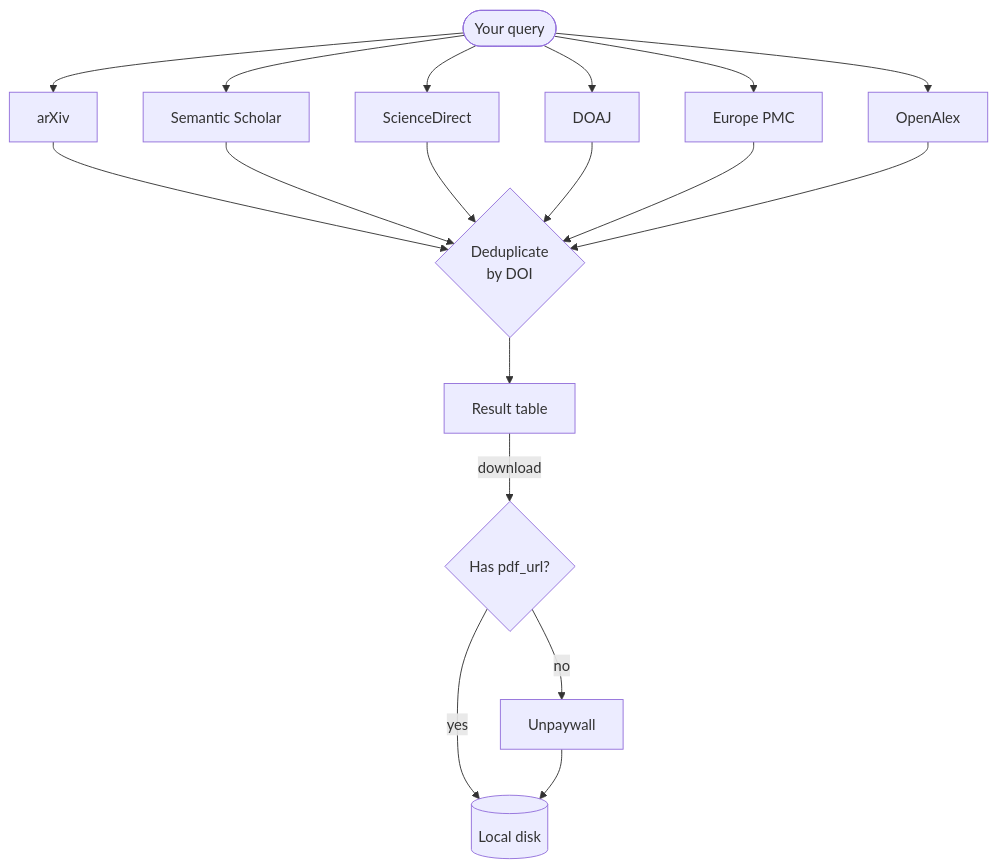
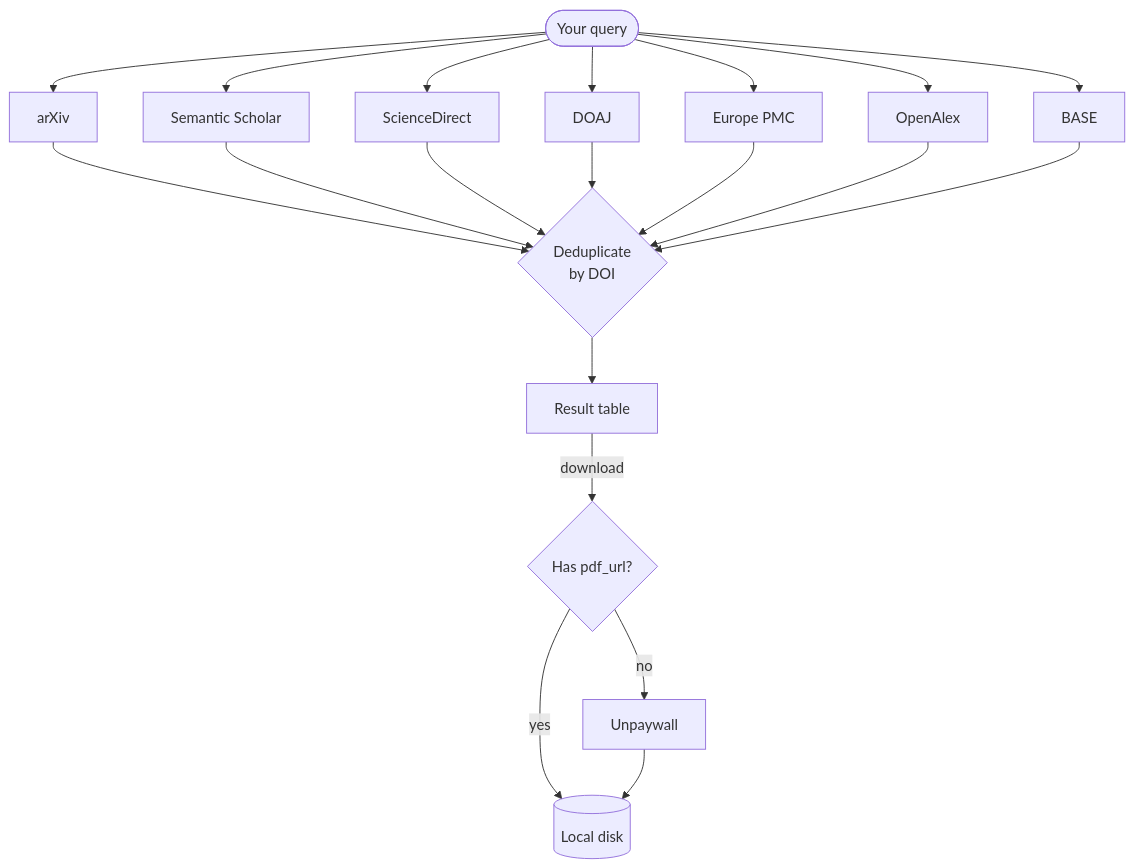
Before and after one commit to szaghi/mosaic: the diagram in docs/guide/sources.md, drawn with Mermaid. The commit also changed other lines of this file and 6 other files, not shown here.

````diff
--- a/docs/guide/sources.md
+++ b/docs/guide/sources.md
@@ -9,15 +9,16 @@
 ```mermaid
 flowchart TD
     Q([Your query]) --> A[arXiv]
     Q --> B[Semantic Scholar]
     Q --> C[ScienceDirect]
     Q --> D[DOAJ]
     Q --> E[Europe PMC]
     Q --> F[OpenAlex]
-    A & B & C & D & E & F --> G{Deduplicate\nby DOI}
-    G --> H[Result table]
-    H -->|download| I{Has pdf_url?}
-    I -- yes --> J[(Local disk)]
-    I -- no --> K[Unpaywall]
-    K --> J
+    Q --> G[BASE]
+    A & B & C & D & E & F & G --> H{Deduplicate\nby DOI}
+    H --> I[Result table]
+    I -->|download| J{Has pdf_url?}
+    J -- yes --> K[(Local disk)]
+    J -- no --> L[Unpaywall]
+    L --> K
 ```
````
